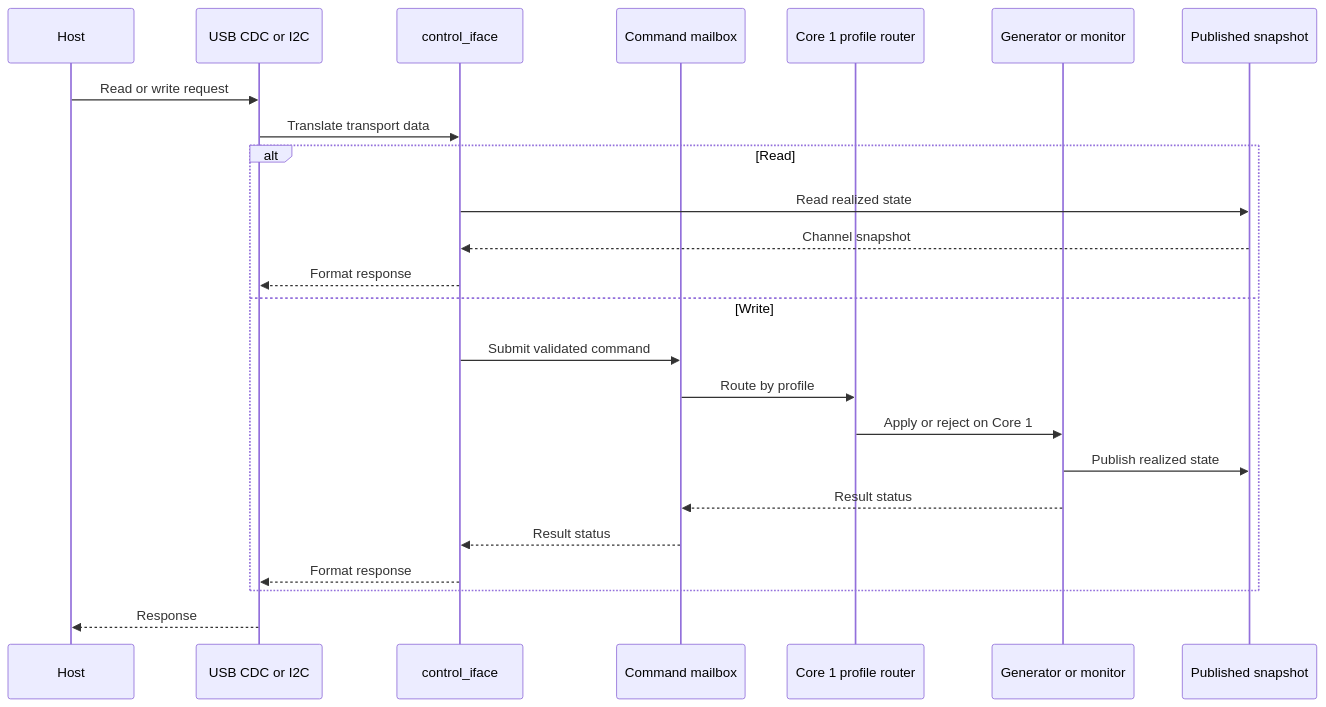
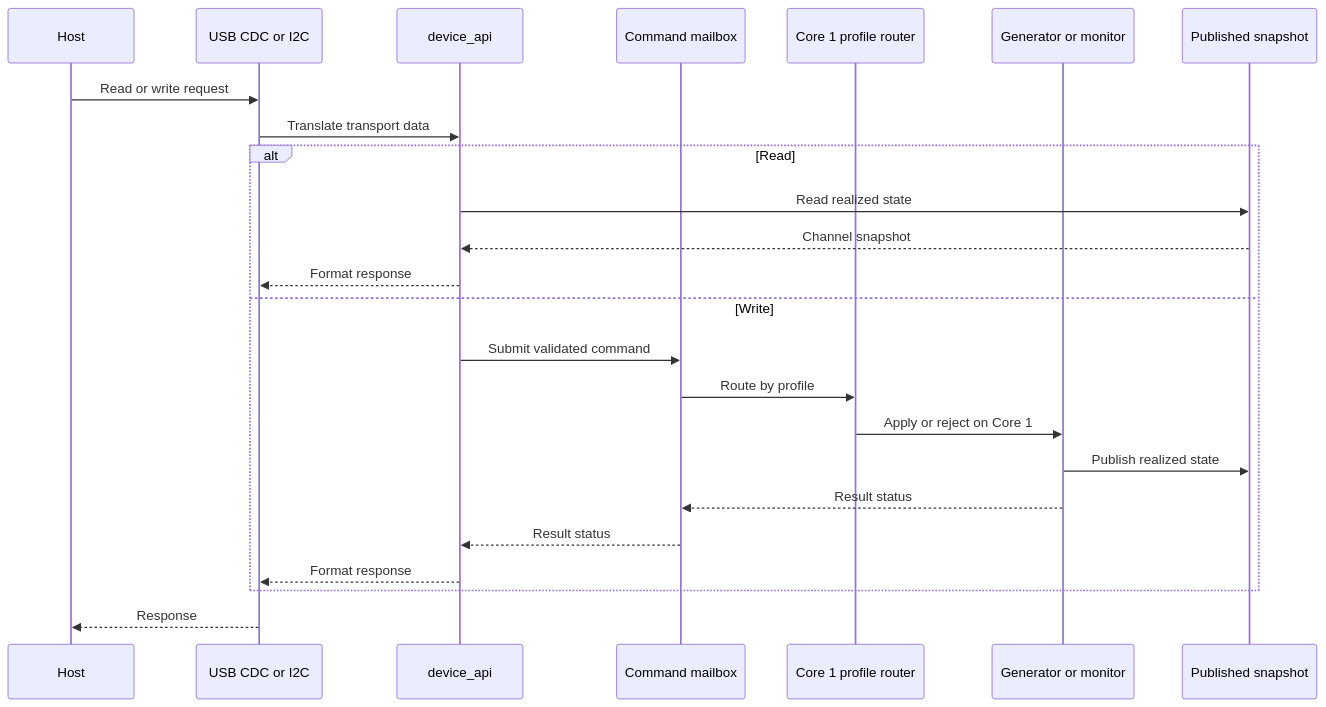
The second of 4 diagrams in docs/architecture.md (djwinter29-oss/PicoPWM), drawn with Mermaid before and after one commit. The commit also changed other lines of this file and 43 other files, not shown here.

````diff
--- a/docs/architecture.md
+++ b/docs/architecture.md
@@ -174,27 +174,27 @@
 ```mermaid
 sequenceDiagram
     participant Host
     participant Transport as USB CDC or I2C
-    participant Control as control_iface
+    participant Control as device_api
     participant Mailbox as Command mailbox
     participant Router as Core 1 profile router
     participant Backend as Generator or monitor
     participant State as Published snapshot
 
     Host->>Transport: Read or write request
     Transport->>Control: Translate transport data
     alt Read
         Control->>State: Read realized state
         State-->>Control: Channel snapshot
         Control-->>Transport: Format response
     else Write
         Control->>Mailbox: Submit validated command
         Mailbox->>Router: Route by profile
         Router->>Backend: Apply or reject on Core 1
         Backend->>State: Publish realized state
         Backend-->>Mailbox: Result status
         Mailbox-->>Control: Result status
         Control-->>Transport: Format response
     end
     Transport-->>Host: Response
 ```
````
